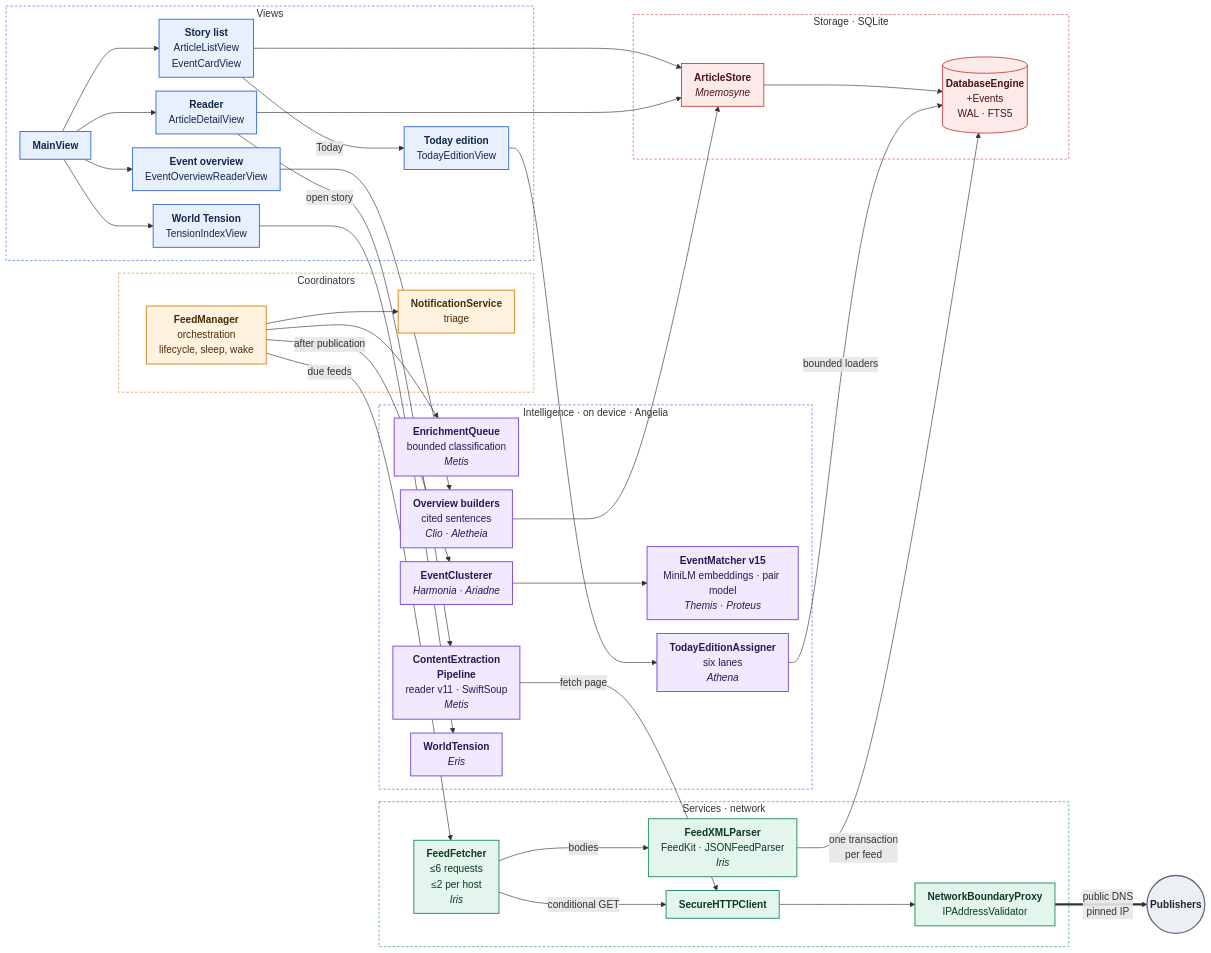
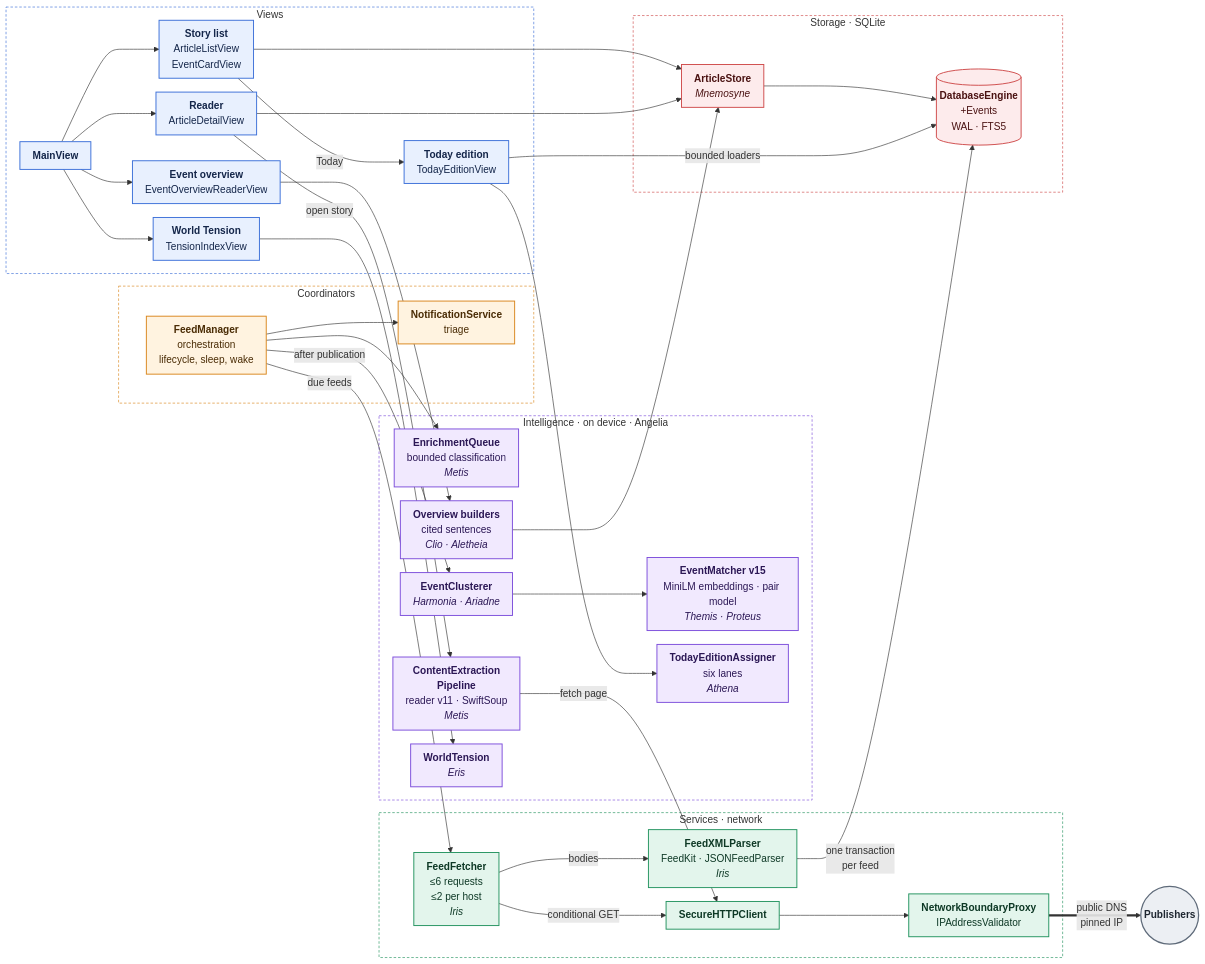
One commit to marspater/NewsApp-macOS changed the first of 3 diagrams in docs/ARCHITECTURE.md. Above: the diagram before and after it, drawn with Mermaid. The commit also changed other lines of this file and 4 other files, not shown here.

First line of the commit message:
docs(angelia): correct the Today edge, add its hand-offs and the v36 schema step

````diff
--- a/docs/ARCHITECTURE.md
+++ b/docs/ARCHITECTURE.md
@@ -22,80 +22,80 @@
 ```mermaid
 %%{init: {"flowchart": {"curve": "basis", "nodeSpacing": 22, "rankSpacing": 44, "padding": 10}}}%%
 flowchart LR
     subgraph Coord["Coordinators"]
         FM["<b>FeedManager</b><br/>orchestration<br/>lifecycle, sleep, wake"]
         NS["<b>NotificationService</b><br/>triage"]
     end
 
     subgraph UI["Views"]
         Main["<b>MainView</b>"]
         List["<b>Story list</b><br/>ArticleListView<br/>EventCardView"]
         Reader["<b>Reader</b><br/>ArticleDetailView"]
         Overview["<b>Event overview</b><br/>EventOverviewReaderView"]
         Tension["<b>World Tension</b><br/>TensionIndexView"]
         Today["<b>Today edition</b><br/>TodayEditionView"]
     end
 
     subgraph Intel["Intelligence · on device · Angelia"]
         EQ["<b>EnrichmentQueue</b><br/>bounded classification<br/><i>Metis</i>"]
         EC["<b>EventClusterer</b><br/><i>Harmonia · Ariadne</i>"]
         EM["<b>EventMatcher v15</b><br/>MiniLM embeddings · pair model<br/><i>Themis · Proteus</i>"]
         CEP["<b>ContentExtraction<br/>Pipeline</b><br/>reader v11 · SwiftSoup<br/><i>Metis</i>"]
         OV["<b>Overview builders</b><br/>cited sentences<br/><i>Clio · Aletheia</i>"]
         WT["<b>WorldTension</b><br/><i>Eris</i>"]
         TE["<b>TodayEditionAssigner</b><br/>six lanes<br/><i>Athena</i>"]
     end
 
     subgraph Svc["Services · network"]
         FF["<b>FeedFetcher</b><br/>≤6 requests<br/>≤2 per host<br/><i>Iris</i>"]
         Parse["<b>FeedXMLParser</b><br/>FeedKit · JSONFeedParser<br/><i>Iris</i>"]
         HTTP["<b>SecureHTTPClient</b>"]
         GW["<b>NetworkBoundaryProxy</b><br/>IPAddressValidator"]
     end
 
     subgraph Store["Storage · SQLite"]
         AS["<b>ArticleStore</b><br/><i>Mnemosyne</i>"]
         DB[("<b>DatabaseEngine</b><br/>+Events<br/>WAL · FTS5")]
     end
 
     Net(("<b>Publishers</b>"))
 
     FM -->|due feeds| FF
     FM -->|after publication| EC
     FM --> EQ & NS
     EC --> EM
     FF -->|conditional GET| HTTP
     FF -->|bodies| Parse
     Parse -->|one transaction<br/>per feed| DB
     Main --> List & Reader & Overview & Tension
     Reader -->|open story| CEP
     CEP -->|fetch page| HTTP
     HTTP --> GW
     GW ==>|public DNS<br/>pinned IP| Net
     Overview --> OV
     OV --> AS
     List & Reader --> AS
     AS --> DB
     Tension --> WT
     List -->|Today| Today
     Today --> TE
-    TE -->|bounded loaders| DB
+    Today -->|bounded loaders| DB
 
     classDef ui fill:#E8F0FE,stroke:#3B6FD8,stroke-width:1.5px,color:#14264A
     classDef coord fill:#FFF3E0,stroke:#D9861C,stroke-width:1.5px,color:#4A2C05
     classDef intel fill:#F1E9FE,stroke:#7C4DDB,stroke-width:1.5px,color:#2B1755
     classDef svc fill:#E3F5EC,stroke:#23935F,stroke-width:1.5px,color:#0D3825
     classDef store fill:#FDEBEC,stroke:#CF4A4A,stroke-width:1.5px,color:#4A1212
     classDef ext fill:#ECEFF3,stroke:#5F6B7A,stroke-width:2px,color:#1E2630
     class Main,List,Reader,Overview,Tension,Today ui
     class FM,NS coord
     class CEP,EQ,EC,EM,OV,WT,TE intel
     class FF,Parse,HTTP,GW svc
     class AS,DB store
     class Net ext
     style UI fill:none,stroke:#3B6FD8,stroke-dasharray:4 3
     style Coord fill:none,stroke:#D9861C,stroke-dasharray:4 3
     style Intel fill:none,stroke:#7C4DDB,stroke-dasharray:4 3
     style Svc fill:none,stroke:#23935F,stroke-dasharray:4 3
     style Store fill:none,stroke:#CF4A4A,stroke-dasharray:4 3
 ```
````
